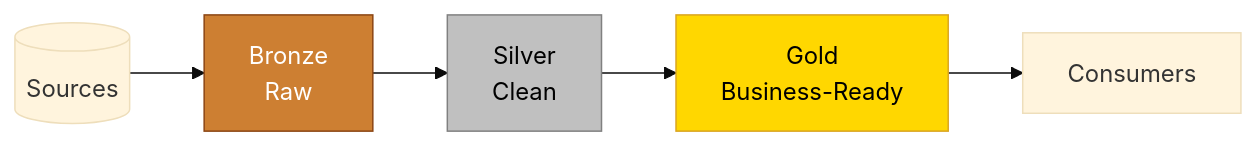
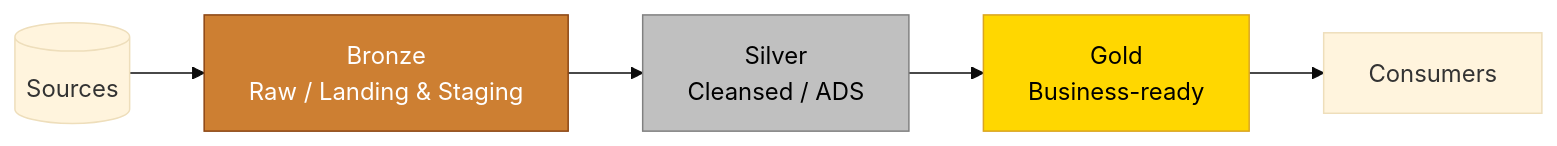
Before and after one commit to PlainsightPro/Vision-Playbook: the first of 2 diagrams in Technical Guideline Ops/Architectural Principles/Medallion - Bronze Silver Gold.md, drawn with Mermaid. The commit also changed other lines of this file and 18 other files, not shown here.

Commit message:
Updated to better align with Bronze/Silver/Gold

````diff
--- a/Technical Guideline Ops/Architectural Principles/Medallion - Bronze Silver Gold.md
+++ b/Technical Guideline Ops/Architectural Principles/Medallion - Bronze Silver Gold.md
@@ -6,12 +6,12 @@
 ```mermaid
 %%{init: { "flowchart": { "useMaxWidth": true, "curve": "basis" }, "theme": "base" } }%%
 flowchart LR
-    Sources[(Sources)] --> Bronze[Bronze<br/>Raw]
-    Bronze --> Silver[Silver<br/>Clean]
-    Silver --> Gold[Gold<br/>Business-Ready]
+    Sources[(Sources)] --> Bronze[Bronze<br/>Raw / Landing & Staging]
+    Bronze --> Silver[Silver<br/>Cleansed / ADS]
+    Silver --> Gold[Gold<br/>Business-ready]
     Gold --> Consumers[Consumers]
     
     style Bronze fill:#CD7F32,stroke:#8B4513,color:#FFFFFF
     style Silver fill:#C0C0C0,stroke:#808080,color:#000000
     style Gold fill:#FFD700,stroke:#DAA520,color:#000000
 ```
````
